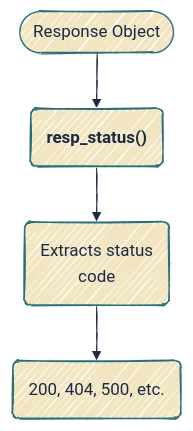
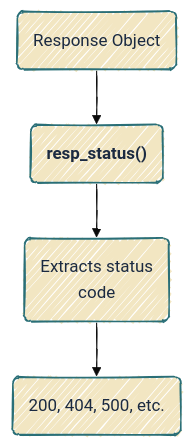
Before and after one commit to mjfrigaard/do4ds-labs: the third of 4 diagrams in httr2.qmd, drawn with Mermaid. The commit also changed other lines of this file and 37 other files, not shown here.

Commit message:
updates to mermaid

````diff
--- a/httr2.qmd
+++ b/httr2.qmd
@@ -113,12 +115,13 @@
 ```{mermaid}
 %%| fig-width: 6.5
 %%| fig-align: center
-%%{init: {'theme': 'base', 'look': 'handDrawn', 'themeVariables': { 'fontFamily': 'monospace', 'primaryColor': '#F2E6C2', 'primaryBorderColor': '#2A6F77', 'primaryTextColor': '#1B2A41', 'secondaryColor': '#d4e7e4', 'tertiaryColor': '#f5f0e4', 'lineColor': '#1B2A41', 'edgeLabelBackground': '#F2E6C2'}}}%%
+%%{init: {'theme': 'base', 'look': 'handDrawn', 'themeVariables': {'fontFamily': 'monospace'}}}%%
 
 graph TD
-	A(["Response Object"]) --> B("<strong>resp_status()</strong>")
+	A("Response Object") --> B("<strong>resp_status()</strong>")
 	B --> C("Extracts status<br>code")
 	C --> D("200, 404, 500, etc.")
+    classDef default fill:#F2E6C2,stroke:#2A6F77,color:#1B2A41
 
 
 ```
````
